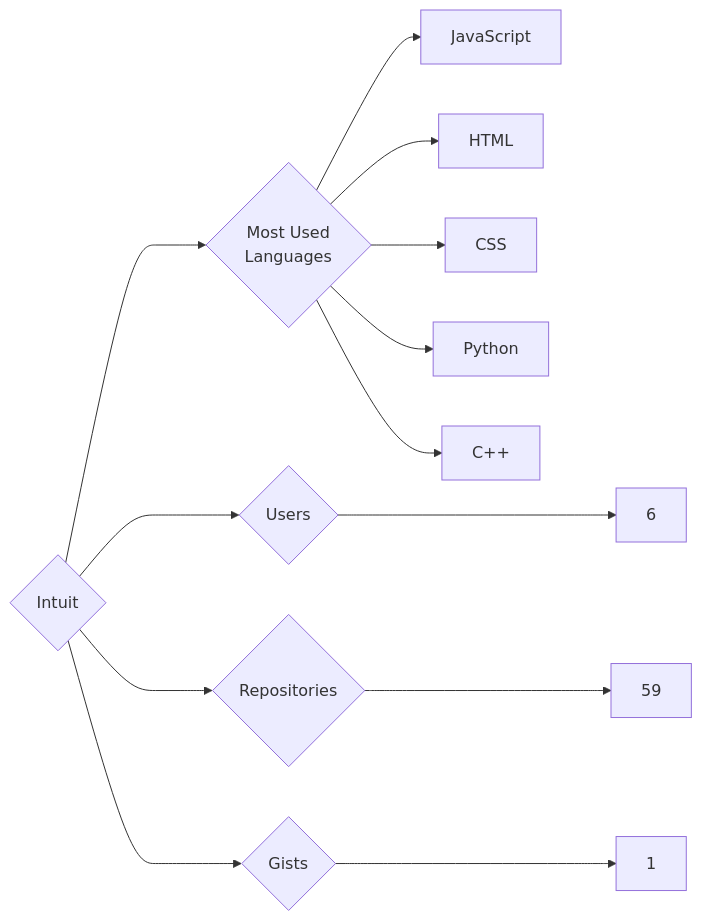
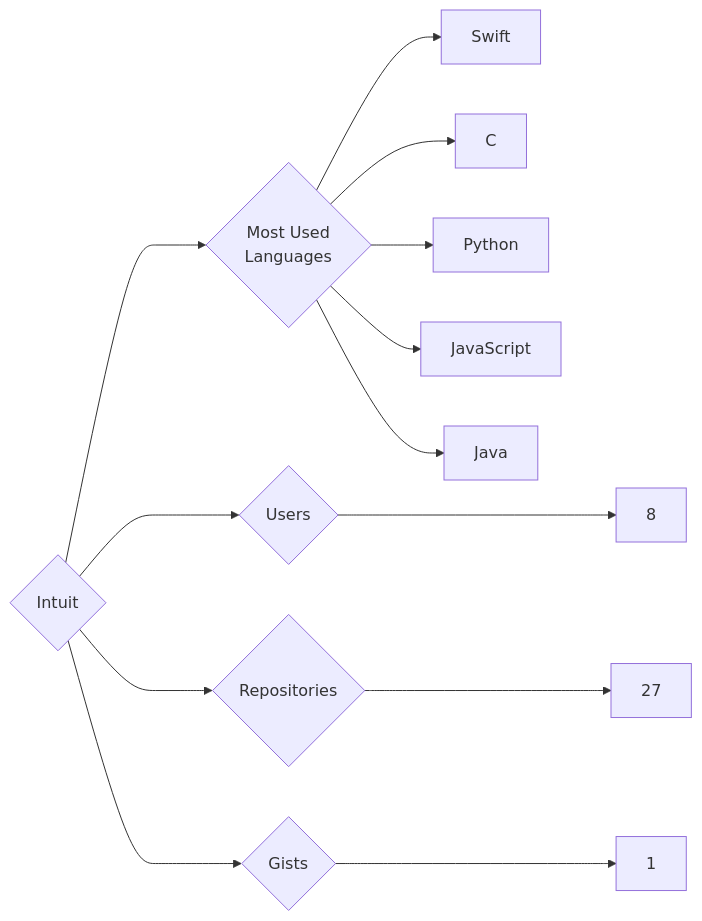
The diagram in targets/Intuit/README.md (trickest/insiders), drawn with Mermaid before and after one commit. The commit also changed 933 other files, not shown here.

````diff
--- a/targets/Intuit/README.md
+++ b/targets/Intuit/README.md
@@ -3,13 +3,13 @@
 ```mermaid
 graph LR
 COMPANY_NAME{Intuit}
-COMPANY_NAME ---> U{Users} ---> UN[6]
-COMPANY_NAME ---> R{Repositories} ---> RN[59]
+COMPANY_NAME ---> U{Users} ---> UN[8]
+COMPANY_NAME ---> R{Repositories} ---> RN[27]
 COMPANY_NAME ---> G{Gists} ---> GN[1]
 COMPANY_NAME ---> ML{Most Used<br>Languages}
+ML --> Swift[Swift]
+ML --> C[C]
+ML --> Python[Python]
 ML --> JavaScript[JavaScript]
-ML --> HTML[HTML]
-ML --> CSS[CSS]
-ML --> Python[Python]
-ML --> C++[C++]
+ML --> Java[Java]
 ```
````
